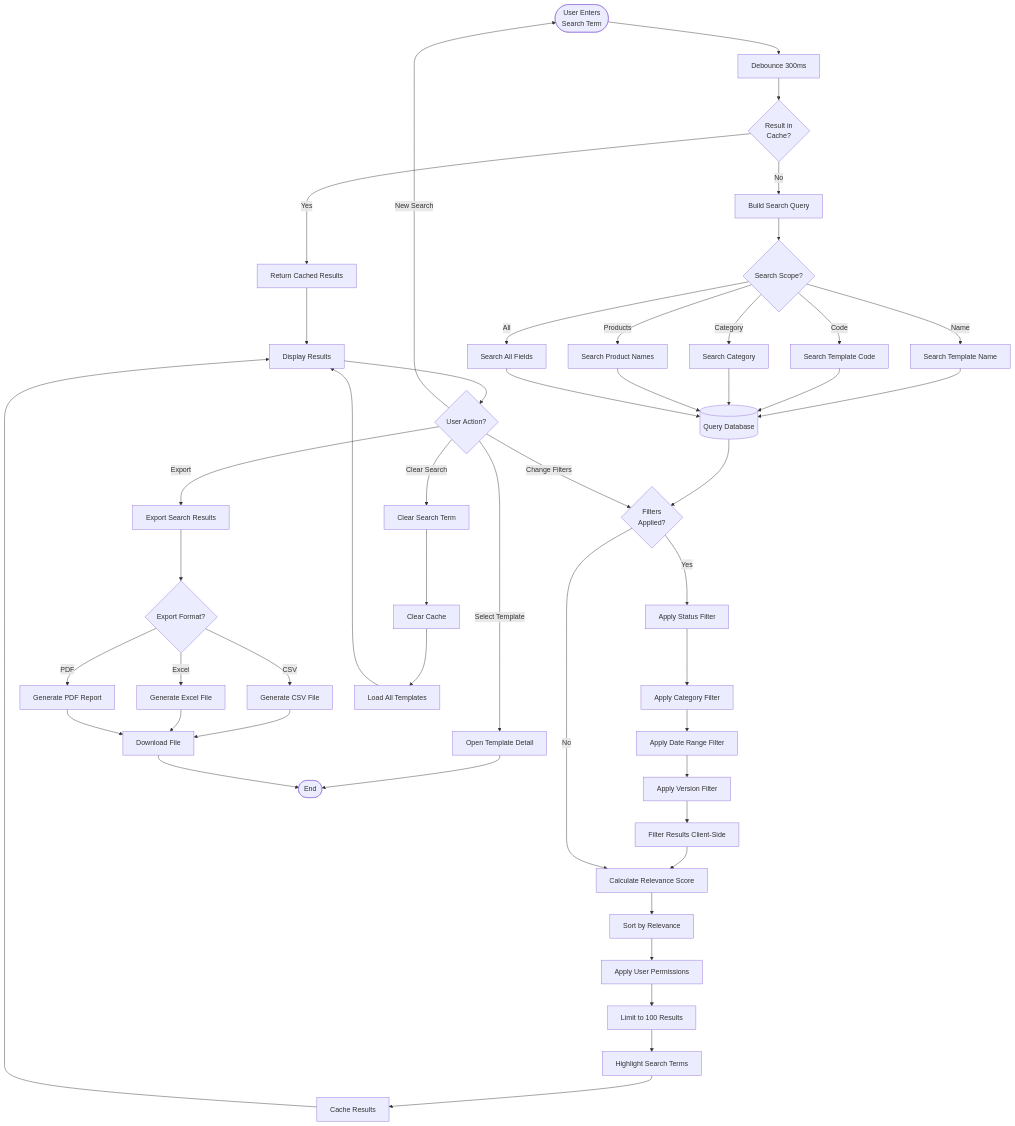
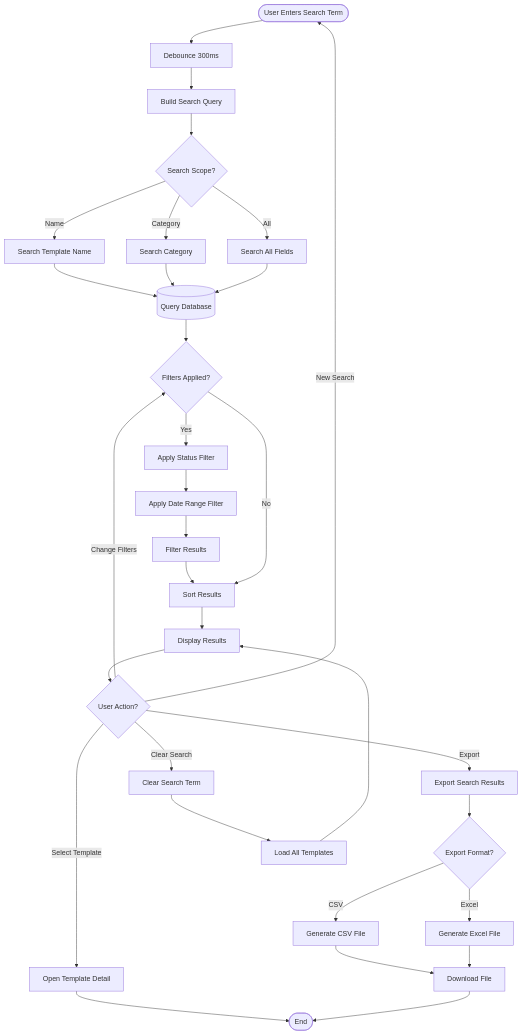
Before and after one commit to CarmenSoftware-organization/carmen: the eighth of 12 diagrams in docs/app/vendor-management/pricelist-templates/FD-pricelist-templates.md, drawn with Mermaid. The commit also changed other lines of this file and 1788 other files, not shown here.

````diff
--- a/docs/app/vendor-management/pricelist-templates/FD-pricelist-templates.md
+++ b/docs/app/vendor-management/pricelist-templates/FD-pricelist-templates.md
@@ -1065,65 +378,47 @@
 ```mermaid
 flowchart TD
-    Start([User Enters<br/>Search Term]) --> Debounce[Debounce 300ms]
-    Debounce --> CheckCache{Result in<br/>Cache?}
+    Start([User Enters Search Term]) --> Debounce[Debounce 300ms]
+    Debounce --> BuildQuery[Build Search Query]
 
-    CheckCache -->|Yes| ReturnCached[Return Cached Results]
-    ReturnCached --> DisplayResults
-
-    CheckCache -->|No| BuildQuery[Build Search Query]
     BuildQuery --> SearchScope{Search Scope?}
 
     SearchScope -->|Name| SearchName[Search Template Name]
-    SearchScope -->|Code| SearchCode[Search Template Code]
     SearchScope -->|Category| SearchCategory[Search Category]
-    SearchScope -->|Products| SearchProducts[Search Product Names]
     SearchScope -->|All| SearchAll[Search All Fields]
 
     SearchName --> QueryDB
-    SearchCode --> QueryDB
     SearchCategory --> QueryDB
-    SearchProducts --> QueryDB
     SearchAll --> QueryDB[(Query Database)]
 
-    QueryDB --> ApplyFilters{Filters<br/>Applied?}
+    QueryDB --> ApplyFilters{Filters Applied?}
 
     ApplyFilters -->|Yes| FilterStatus[Apply Status Filter]
-    FilterStatus --> FilterCategory[Apply Category Filter]
-    FilterCategory --> FilterDate[Apply Date Range Filter]
-    FilterDate --> FilterVersion[Apply Version Filter]
-    FilterVersion --> FilterResults[Filter Results Client-Side]
-    FilterResults --> CalculateRelevance
+    FilterStatus --> FilterDate[Apply Date Range Filter]
+    FilterDate --> FilterResults[Filter Results]
+    FilterResults --> SortResults
 
-    ApplyFilters -->|No| CalculateRelevance[Calculate Relevance Score]
+    ApplyFilters -->|No| SortResults[Sort Results]
 
-    CalculateRelevance --> SortResults[Sort by Relevance]
-    SortResults --> ApplyPermissions[Apply User Permissions]
-    ApplyPermissions --> LimitResults[Limit to 100 Results]
-    LimitResults --> HighlightMatches[Highlight Search Terms]
-    HighlightMatches --> CacheResults[Cache Results]
-    CacheResults --> DisplayResults[Display Results]
+    SortResults --> DisplayResults[Display Results]
 
     DisplayResults --> UserAction{User Action?}
 
     UserAction -->|Select Template| OpenTemplate[Open Template Detail]
     OpenTemplate --> End([End])
 
     UserAction -->|Change Filters| ApplyFilters
     UserAction -->|New Search| Start
 
     UserAction -->|Export| ExportResults[Export Search Results]
     ExportResults --> ExportFormat{Export Format?}
     ExportFormat -->|CSV| GenerateCSV[Generate CSV File]
     ExportFormat -->|Excel| GenerateExcel[Generate Excel File]
-    ExportFormat -->|PDF| GeneratePDF[Generate PDF Report]
 
-    GenerateCSV --> Download
+    GenerateCSV --> Download[Download File]
     GenerateExcel --> Download
-    GeneratePDF --> Download[Download File]
     Download --> End
 
     UserAction -->|Clear Search| ClearSearch[Clear Search Term]
-    ClearSearch --> ClearCache[Clear Cache]
-    ClearCache --> LoadAll[Load All Templates]
+    ClearSearch --> LoadAll[Load All Templates]
     LoadAll --> DisplayResults
 ```
````
